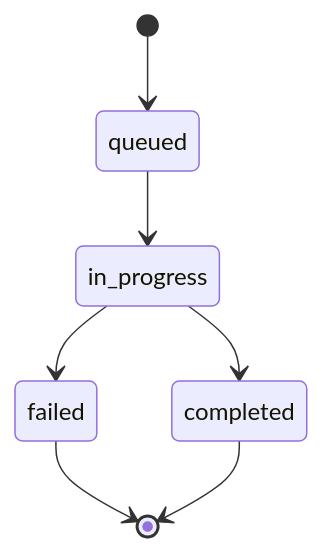
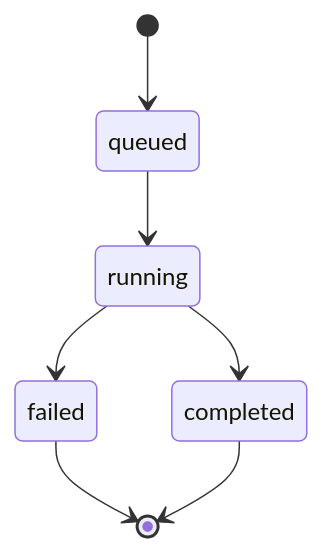
The fifth of 5 diagrams in docs/api/architecture.md (rayajose/writing-portfolio), drawn with Mermaid before and after one commit. The commit also changed other lines of this file and 12 other files, not shown here.

````diff
--- a/docs/api/architecture.md
+++ b/docs/api/architecture.md
@@ -338,9 +338,9 @@
 ```mermaid
 stateDiagram-v2
     [*] --> queued
-    queued --> in_progress
-    in_progress --> completed
-    in_progress --> failed
+    queued --> running
+    running --> completed
+    running --> failed
     failed --> [*]
     completed --> [*]
 ```
````
